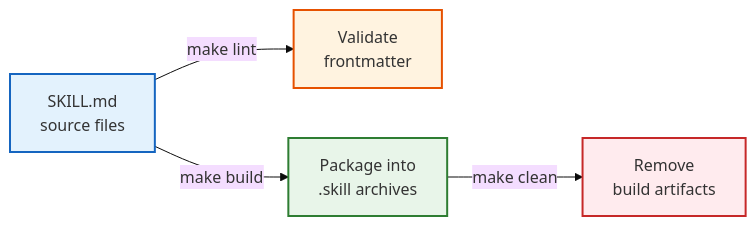
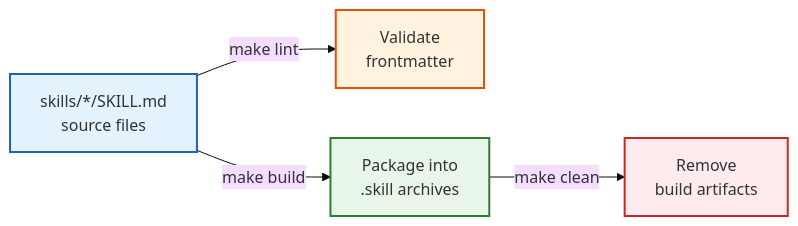
One commit to dougdevitre/paccs changed the ninth of 9 diagrams in README.md. Above: the diagram before and after it, drawn with Mermaid (base theme). The commit also changed other lines of this file, not shown here.

First line of the commit message:
Update README mermaid diagrams and tables for new structure

````diff
--- a/README.md
+++ b/README.md
@@ -370,11 +379,11 @@
 ```mermaid
 flowchart LR
-    SRC["SKILL.md<br/>source files"] -->|"make lint"| LINT["Validate<br/>frontmatter"]
+    SRC["skills/*/SKILL.md<br/>source files"] -->|"make lint"| LINT["Validate<br/>frontmatter"]
     SRC -->|"make build"| ZIP["Package into<br/>.skill archives"]
     ZIP -->|"make clean"| DEL["Remove<br/>build artifacts"]
     
     style SRC fill:#e3f2fd,stroke:#1565c0,stroke-width:2px
     style LINT fill:#fff3e0,stroke:#e65100,stroke-width:2px
     style ZIP fill:#e8f5e9,stroke:#2e7d32,stroke-width:2px
     style DEL fill:#ffebee,stroke:#c62828,stroke-width:2px
 ```
````
